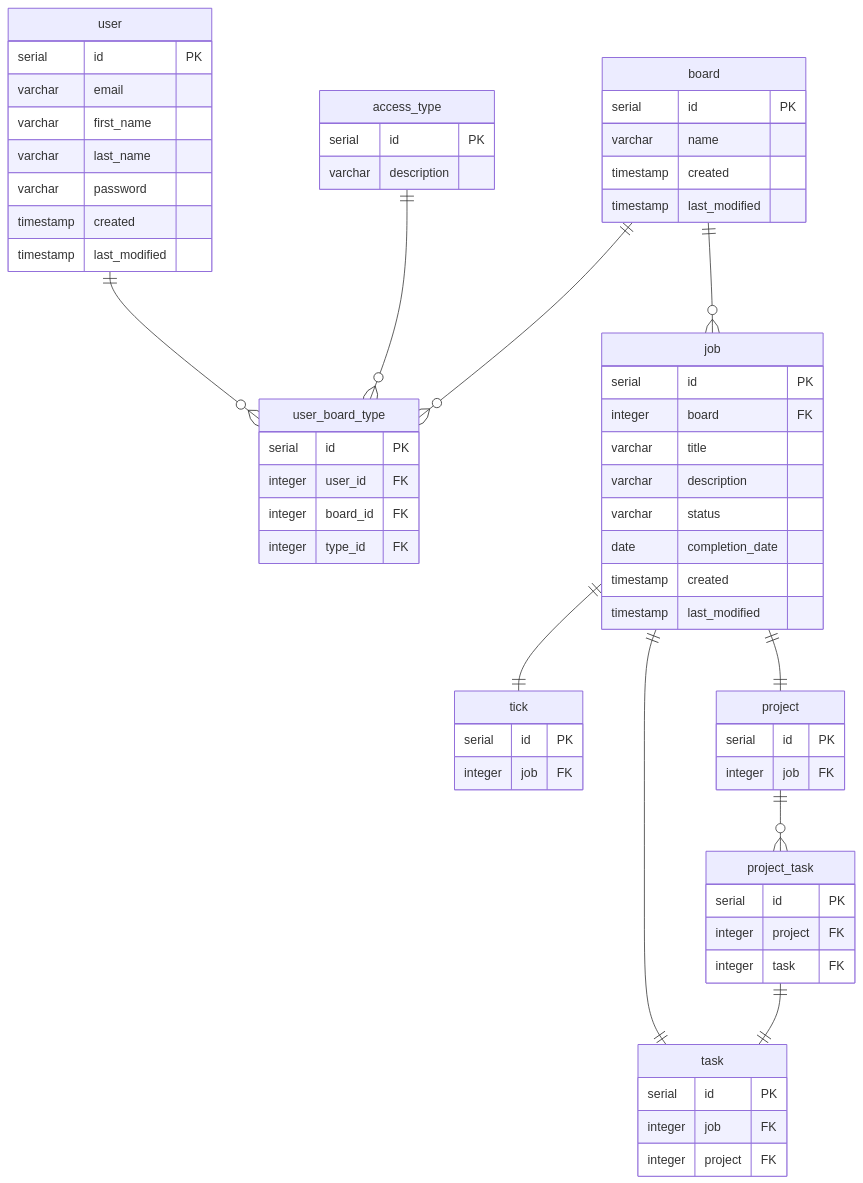
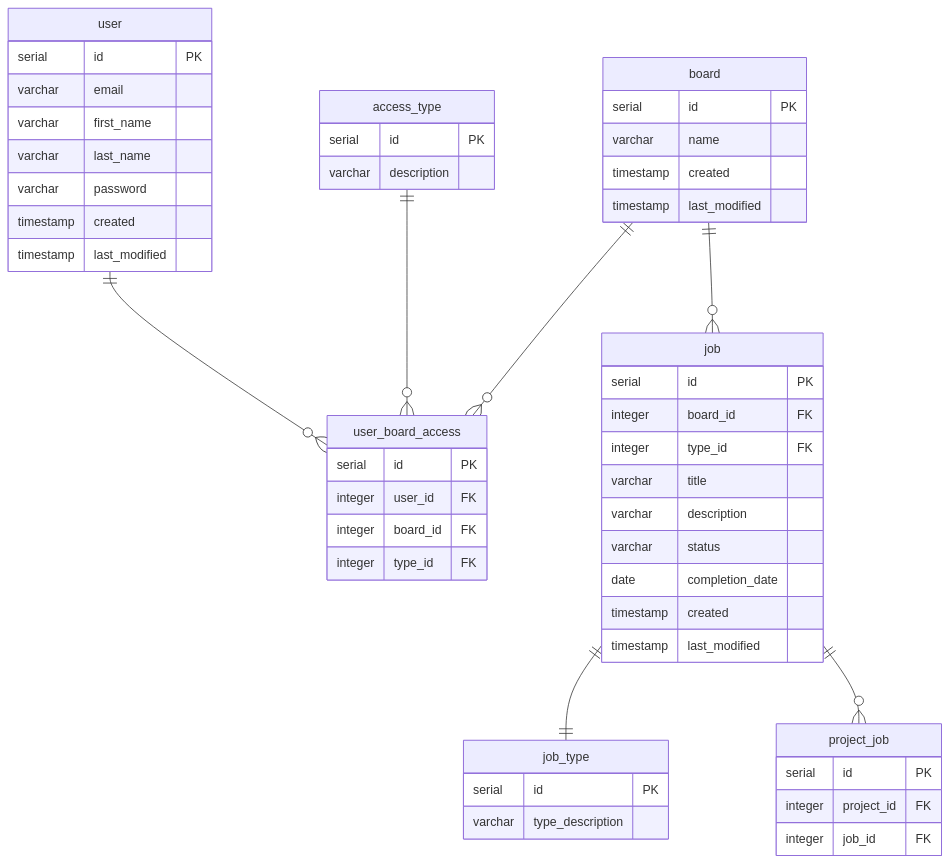
The second of 2 diagrams in README.md (lmckinley09/CoE-Todo), drawn with Mermaid before and after one commit.

````diff
--- a/README.md
+++ b/README.md
@@ -45,75 +45,62 @@
 ```mermaid
 erDiagram
- user ||--o{ user_board_type : ""
- access_type ||--o{ user_board_type : ""
- board ||--o{ user_board_type : ""
+ user ||--o{ user_board_access : ""
+ access_type ||--o{ user_board_access : ""
+ board ||--o{ user_board_access : ""
  board ||--o{ job : ""
- job ||--|| tick : ""
- job ||--|| task : ""
- job ||--|| project : ""
- project ||--o{ project_task : ""
- project_task ||--|| task : ""
+ job ||--|| job_type : ""
+ job ||--o{ project_job : ""
 
     user {
         serial id PK
         varchar email
         varchar first_name
         varchar last_name
         varchar password
         timestamp created
         timestamp last_modified
     }
     
     access_type {
         serial id PK
         varchar description 
     }
     
-    user_board_type {
+    user_board_access {
         serial id PK
         integer user_id FK
         integer board_id FK
         integer type_id FK
     }
         
     board {
         serial id PK
         varchar name
         timestamp created
         timestamp last_modified
     }
     
+    job_type {
+        serial id PK
+        varchar type_description 
+    }
+    
     job {
         serial id PK
-        integer board FK
+        integer board_id FK
+        integer type_id FK
         varchar title
         varchar description
         varchar status
         date completion_date
         timestamp created
         timestamp last_modified
     }
     
-    tick {
+     project_job {
         serial id PK
-        integer job FK
-    }
-    
-     task {
-        serial id PK
-        integer job FK
-        integer project FK
-    }
-    
-     project {
-        serial id PK
-        integer job FK
-    }
-    
-     project_task {
-        serial id PK
-        integer project FK
-        integer task FK
+        integer project_id FK
+        integer job_id FK
     }
 
 ```
````
